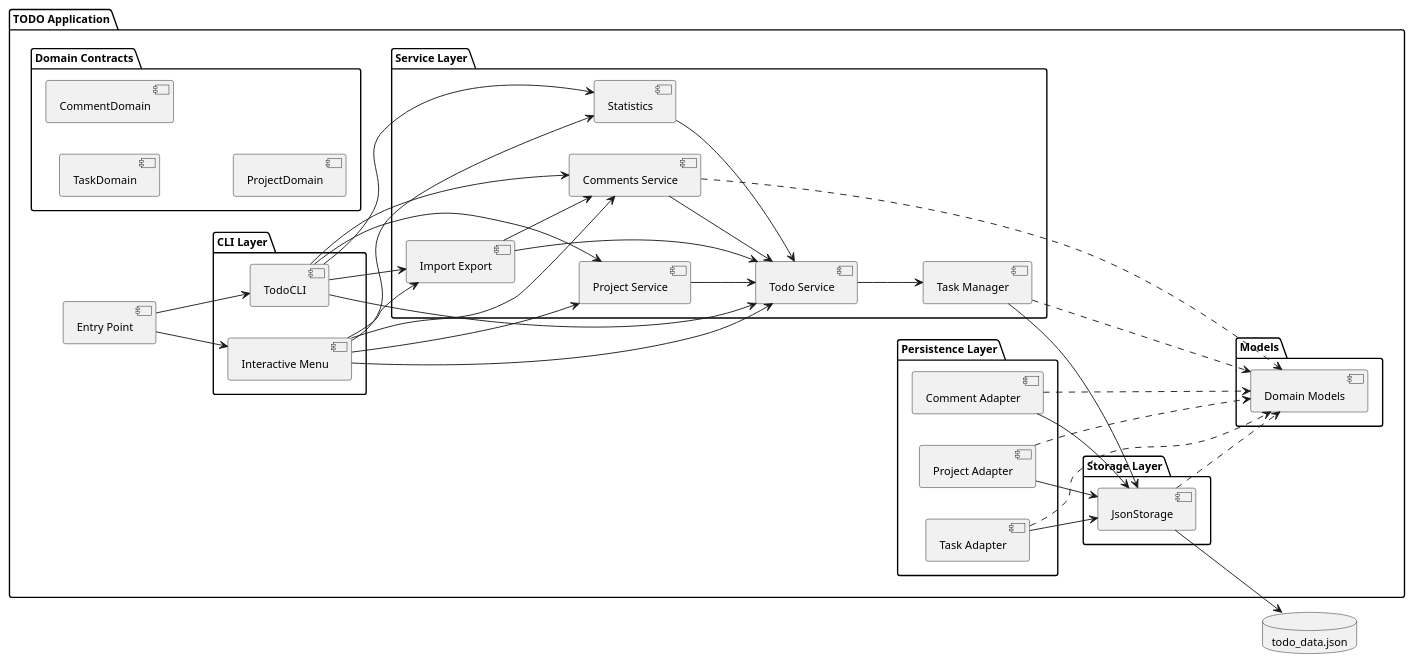
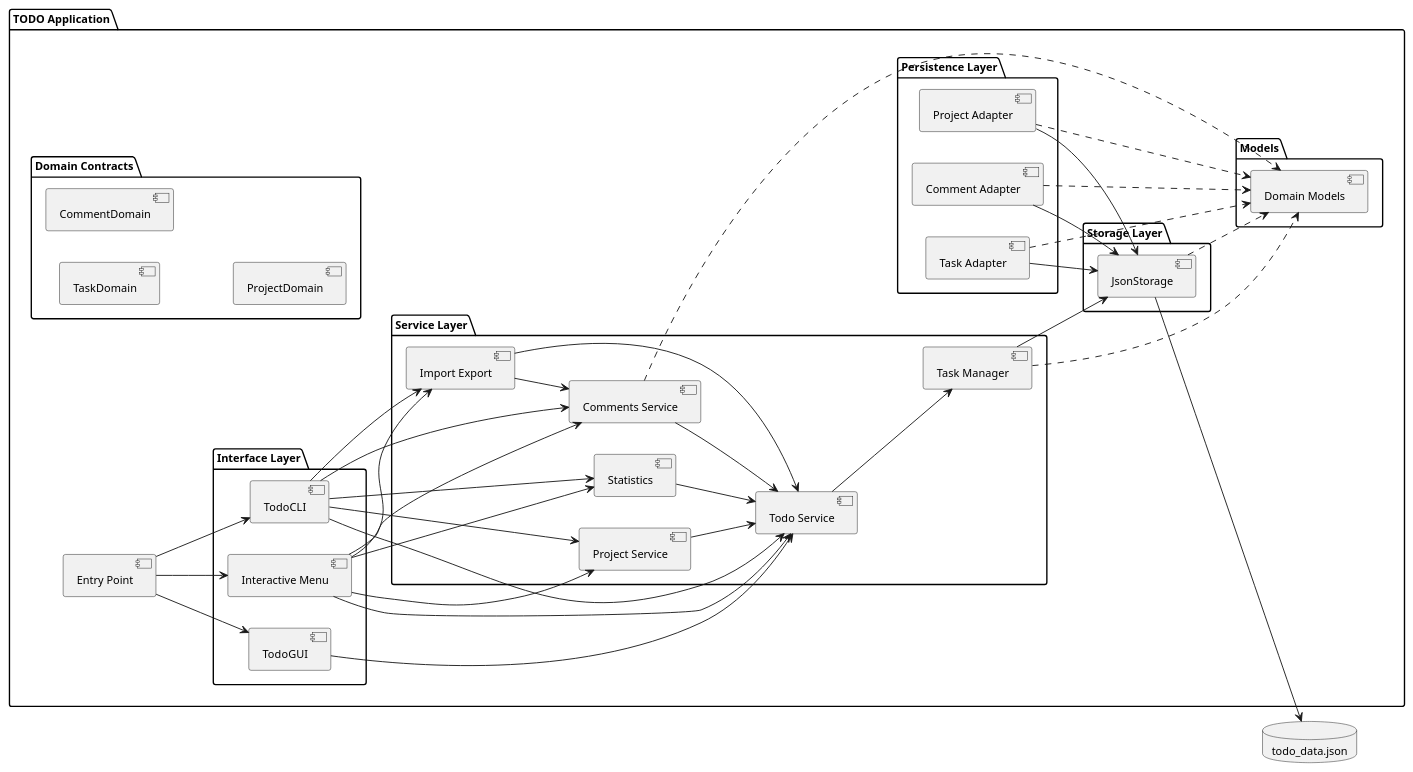
One commit to DanielRiha8906/Software_autoevolution_using_agents changed the diagram in experiments/broadcast/test_driven/TODO/artifacts/component_diagram.puml. Above: the diagram before and after it, drawn with PlantUML. The commit also changed 2 other files, not shown here.

Commit message:
Task 10: Update UML diagrams and progress documentation
- Updated class_diagram.puml to include TodoGUI in gui package
- Renamed 'CLI Layer' to 'Interface Layer' in component diagram
- Added TodoGUI component and dependencies to component diagram
- Added Task 10 progress documentation with broadcast evaluation results
- All three candidates produced identical implementations (perfect convergence)

```diff
--- a/experiments/broadcast/test_driven/TODO/artifacts/component_diagram.puml
+++ b/experiments/broadcast/test_driven/TODO/artifacts/component_diagram.puml
@@ -1,84 +1,87 @@
 @startuml component_diagram
 
 skinparam componentStyle uml2
 skinparam defaultFontSize 12
 
 left to right direction
 
 package "TODO Application" {
 
     component "Entry Point" as Main
 
-    package "CLI Layer" {
+    package "Interface Layer" {
         component "Interactive Menu" as IM
         component "TodoCLI" as CLI
+        component "TodoGUI" as GUI
     }
 
     package "Service Layer" {
         component "Todo Service" as SVC
         component "Task Manager" as MGR
         component "Project Service" as PS
         component "Comments Service" as CS
         component "Import Export" as IES
         component "Statistics" as SS
     }
 
     package "Domain Contracts" {
         component "TaskDomain" as TD
         component "CommentDomain" as CD
         component "ProjectDomain" as PD
     }
 
     package "Persistence Layer" {
         component "Task Adapter" as TA
         component "Comment Adapter" as CA
         component "Project Adapter" as PA
     }
 
     package "Storage Layer" {
         component "JsonStorage" as Storage
     }
 
     package "Models" {
         component "Domain Models" as DM
     }
 }
 
 database "todo_data.json" as DB
 
 Main --> IM
 Main --> CLI
+Main --> GUI
 
 IM --> SVC
 IM --> PS
 IM --> CS
 IM --> IES
 IM --> SS
 CLI --> SVC
 CLI --> PS
 CLI --> CS
 CLI --> IES
 CLI --> SS
+GUI --> SVC
 
 SVC --> MGR
 PS --> SVC
 CS --> SVC
 IES --> SVC
 IES --> CS
 SS --> SVC
 
 MGR --> Storage
 TA --> Storage
 CA --> Storage
 PA --> Storage
 
 MGR ..> DM
 CS ..> DM
 TA ..> DM
 CA ..> DM
 PA ..> DM
 Storage ..> DM
 
 Storage --> DB
 
 @enduml
```
